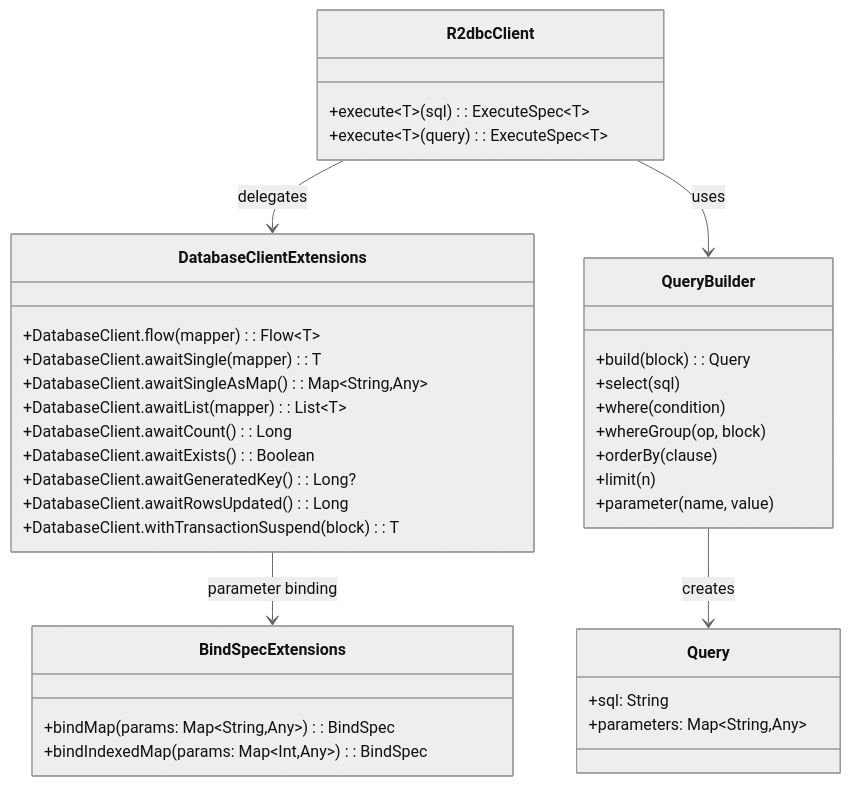
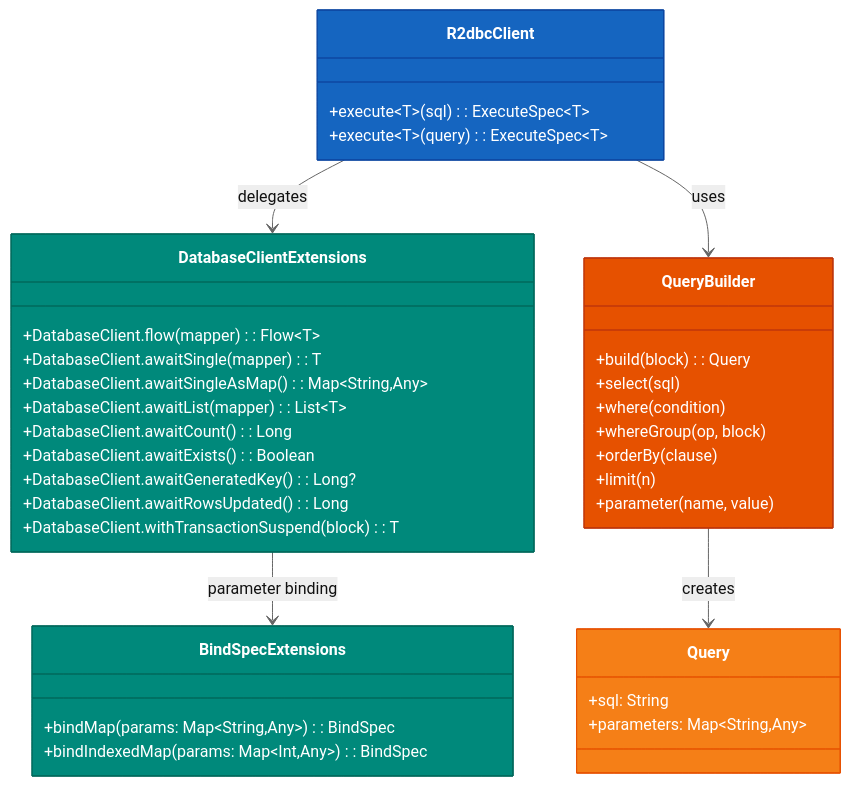
One commit to bluetape4k/bluetape4k-projects changed the second of 4 diagrams in data/r2dbc/README.md. Above: the diagram before and after it, drawn with Mermaid (neutral theme). The commit also changed other lines of this file and 221 other files, not shown here.

First line of the commit message:
docs: 전체 모듈 README UML 다이어그램 보강 및 색상 업그레이드

````diff
--- a/data/r2dbc/README.md
+++ b/data/r2dbc/README.md
@@ -311,40 +313,46 @@
 ```mermaid
 classDiagram
     class DatabaseClientExtensions {
         +DatabaseClient.flow(mapper): Flow~T~
         +DatabaseClient.awaitSingle(mapper): T
         +DatabaseClient.awaitSingleAsMap(): Map~String,Any~
         +DatabaseClient.awaitList(mapper): List~T~
         +DatabaseClient.awaitCount(): Long
         +DatabaseClient.awaitExists(): Boolean
         +DatabaseClient.awaitGeneratedKey(): Long?
         +DatabaseClient.awaitRowsUpdated(): Long
         +DatabaseClient.withTransactionSuspend(block): T
     }
     class BindSpecExtensions {
         +bindMap(params: Map~String,Any~): BindSpec
         +bindIndexedMap(params: Map~Int,Any~): BindSpec
     }
     class QueryBuilder {
         +build(block): Query
         +select(sql)
         +where(condition)
         +whereGroup(op, block)
         +orderBy(clause)
         +limit(n)
         +parameter(name, value)
     }
     class Query {
         +sql: String
         +parameters: Map~String,Any~
     }
     class R2dbcClient {
         +execute~T~(sql): ExecuteSpec~T~
         +execute~T~(query): ExecuteSpec~T~
     }
 
     DatabaseClientExtensions --> BindSpecExtensions : parameter binding
     QueryBuilder --> Query : creates
     R2dbcClient --> DatabaseClientExtensions : delegates
     R2dbcClient --> QueryBuilder : uses
+
+    style DatabaseClientExtensions fill:#00897B,stroke:#00695C,color:#FFFFFF
+    style BindSpecExtensions fill:#00897B,stroke:#00695C,color:#FFFFFF
+    style QueryBuilder fill:#E65100,stroke:#BF360C,color:#FFFFFF
+    style Query fill:#F57F17,stroke:#E65100,color:#FFFFFF
+    style R2dbcClient fill:#1565C0,stroke:#0D47A1,color:#FFFFFF
 ```
````
